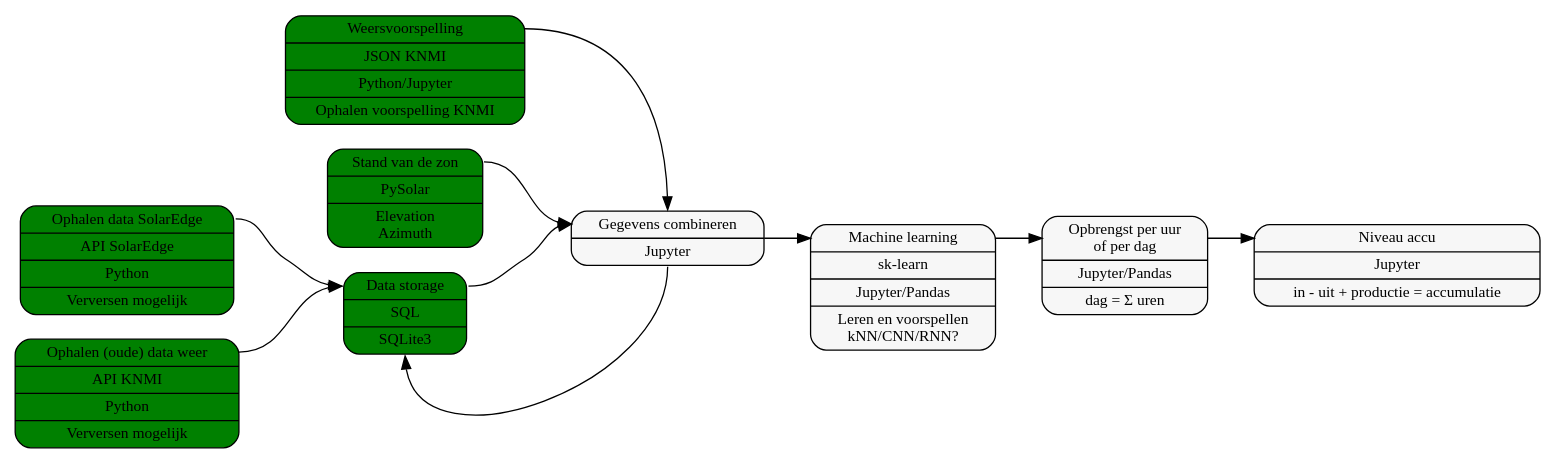
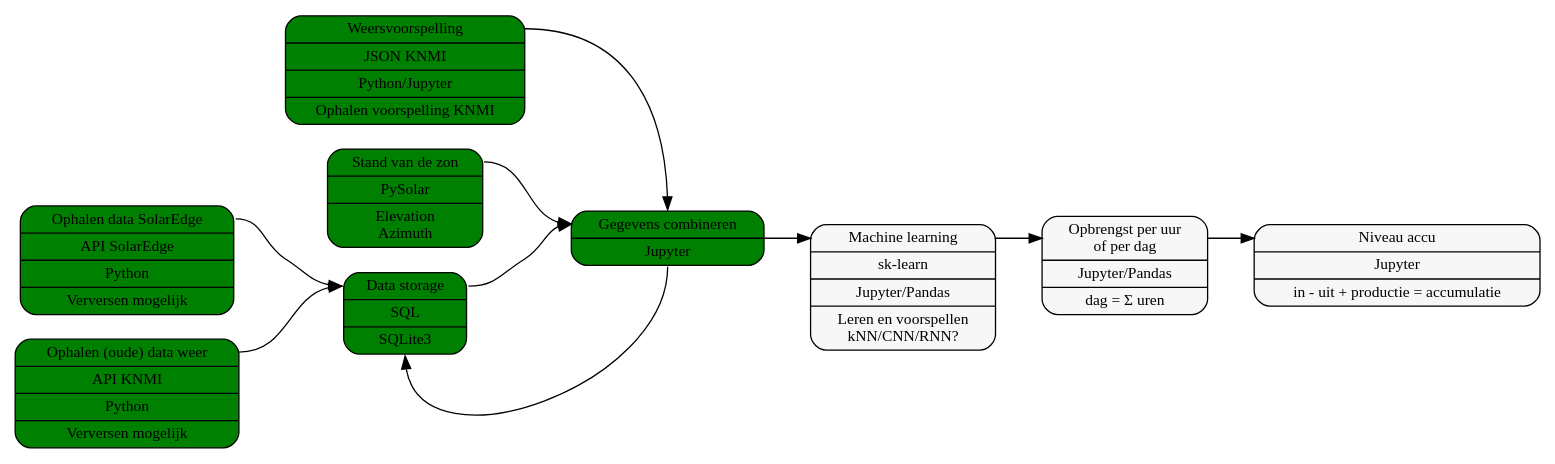
Before and after one commit to bosgnoom/data-engineer-eindopdracht: the diagram in diagram.dot, drawn with Graphviz. The commit also changed 9 other files, not shown here.

```diff
--- a/diagram.dot
+++ b/diagram.dot
@@ -1,75 +1,76 @@
 digraph g {
     graph [
         rankdir = "LR"
     ];
     
     node [
         fontsize = "12"
         style="rounded,filled"
         fillcolor="#F7F7F7"
     ];
     
     edge [
     ];
     
     "node0" [
         label = "<f0> Ophalen data SolarEdge | API SolarEdge | Python | Verversen mogelijk "
         shape = "record"
         fillcolor = "green"
     ];
     
     "node1" [
         label = "<f0> Ophalen (oude) data weer | API KNMI | Python | Verversen mogelijk"
         shape = "record"
         fillcolor = "green"
     ];
     
     "node2" [
         label = "<f0> Data storage | SQL | SQLite3 "
         shape = "record"
         fillcolor = "green"
     ];
     
     "node_weer" [
         label = "<f0> Weersvoorspelling | JSON KNMI | Python/Jupyter | Ophalen voorspelling KNMI"
         shape = "record"
         fillcolor = "green"
     ];
     
     "node_ML" [
         label = "<f0> Machine learning | sk-learn | Jupyter/Pandas | Leren en voorspellen\nkNN/CNN/RNN?"
         shape = "record"
     ];
     
     "node_opbrengst" [
         label = "<f0> Opbrengst per uur\nof per dag | Jupyter/Pandas | dag = &Sigma; uren "
         shape = "record"
     ];
     
     "node_accu" [
         label = "<f0> Niveau accu | Jupyter | in - uit + productie = accumulatie "
         shape = "record"
     ];
 
     "node_zon" [
         label = "<f0> Stand van de zon | PySolar | Elevation\nAzimuth  "
         shape = "record"
         fillcolor = "green"
     ]
 
     "node_combineren" [
         label = "<f0> Gegevens combineren | Jupyter "
         shape = "record"
+        fillcolor = "green"
     ]
     
     "node_weer":f0 -> "node_combineren":n
     "node0":f0 -> "node2":f0
     "node1":f0 -> "node2":f0
     "node2":f0 -> "node_combineren":f0
     "node_combineren":s -> "node2":s
     "node_combineren" -> "node_ML":f0
     "node_ML":f0 -> "node_opbrengst":f0
     "node_opbrengst":f0 -> "node_accu":f0
     "node_zon":f0 -> "node_combineren":f0
     
 }
```
